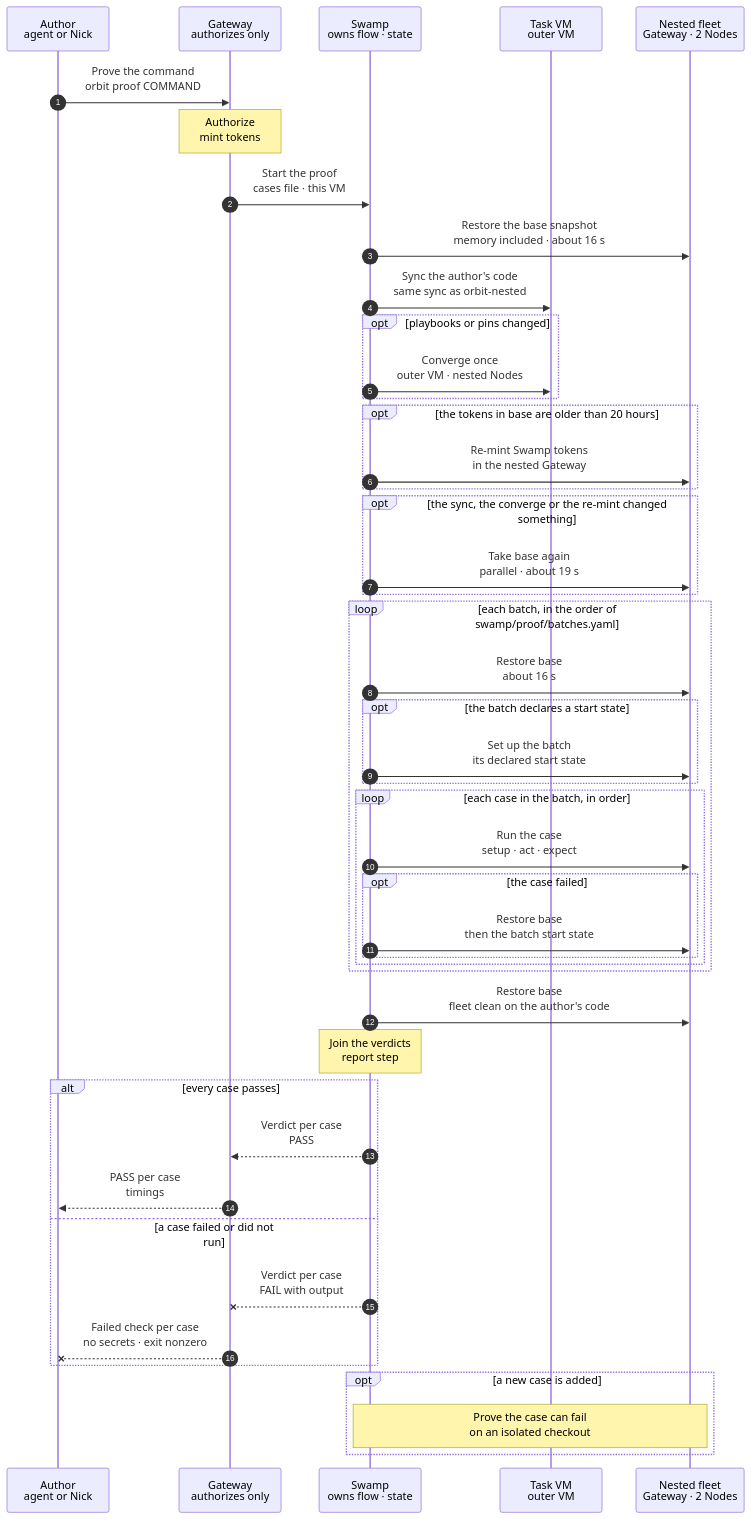
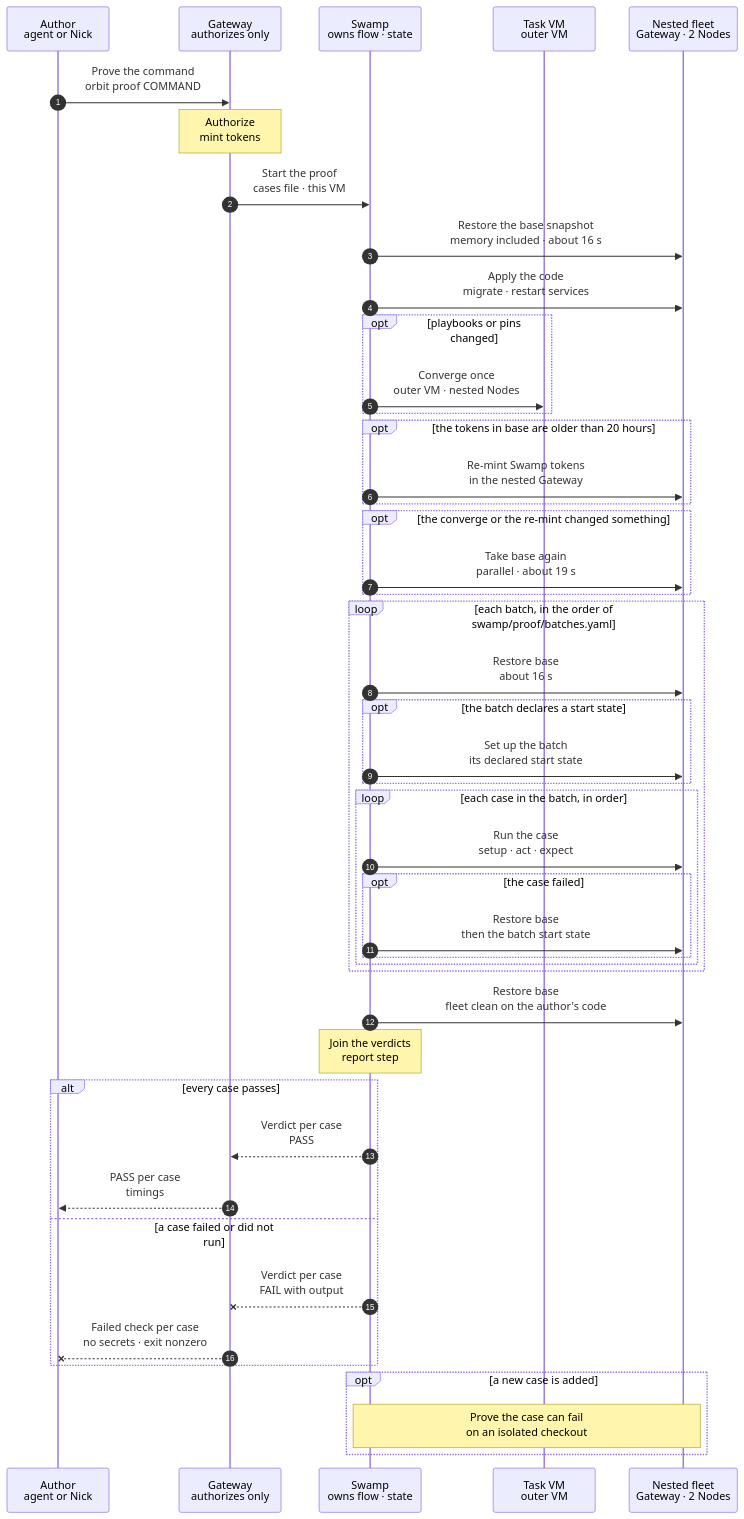
Before and after one commit to hardimpactdev/orbit: the diagram in docs/reference/pipeline/3-proof.mmd, drawn with Mermaid. The commit also changed 4 other files, not shown here.

First line of the commit message:
docs(pipeline): NFS-mounted checkout and self-contained ready copies

```diff
--- a/docs/reference/pipeline/3-proof.mmd
+++ b/docs/reference/pipeline/3-proof.mmd
@@ -1,129 +1,123 @@
 sequenceDiagram
-  %% Target design: stage 3 of the command development pipeline. The author proves the command in the development environment it already works in (task VM with its nested fleet). The nested VMs hold their own checkout, with no share from the outer VM, so Incus memory snapshots work. Each run restores the task's base snapshot, syncs the author's code once and takes base again. Each batch restores base once; its cases use their own resources and need no undo. A failed case triggers a restore before the next. Cases come from the command's cases file; each names its batch from swamp/proof/batches.yaml, which sets the order. One shared runner; the same cases and runner run in CI (stage 4, proof:run on a fresh VM).
+  %% Target design: stage 3 of the command development pipeline. The author proves the command in the development environment it already works in (task VM with its nested fleet). The nested VMs mount the task VM's checkout over NFS, so edits reach them at once and Incus memory snapshots still work. Each run restores the task's base snapshot and applies the code (migrations, service restart); base is taken again only after a converge or a token re-mint. Each batch restores base once; its cases use their own resources and need no undo. A failed case triggers a restore before the next. Cases come from the command's cases file; each names its batch from swamp/proof/batches.yaml, which sets the order. One shared runner; the same cases and runner run in CI (stage 4, proof:run on a fresh VM).
   %% status: draft
   %% command: development pipeline stage 3 · proof
   %% kind: pipeline.3-proof
   autonumber
   %% lane AG icon=terminal pill=caller tone=gray
   %% lane GW icon=gateway pill=intent tone=blue
   %% lane SW icon=workflow pill=executes tone=green
   %% lane VM icon=server pill=target tone=purple
   %% lane NT icon=server pill=fleet tone=amber
   participant AG as Author<br/>agent or Nick
   participant GW as Gateway<br/>authorizes only
   participant SW as Swamp<br/>owns flow · state
   participant VM as Task VM<br/>outer VM
   participant NT as Nested fleet<br/>Gateway · 2 Nodes
   AG->>GW: Prove the command<br/>orbit proof COMMAND
   %%> What it does:
   %%> - runs the command's cases on the author's own development VM; no new VM
   %%> - the cases file (`swamp/proof/FAMILY/COMMAND.cases.yaml`) names the batch of each case; `swamp/proof/batches.yaml` defines the shared batches and their order; nothing is picked at run time
   %%> - one command per run; in CI, `proof:run` proves each affected command separately, on its own proof VM
   %%> Not built:
   %%> - the command `orbit proof COMMAND`; today `proof:run` is the only way in
   %%> - built: the cases file format, the runner and the Swamp workflows `proof-fleet-verify`, `proof-fleet-verify-batch` and `proof-fleet-verify-case`, which run the batches and the cases below
   Note over GW: Authorize<br/>mint tokens
   GW->>SW: Start the proof<br/>cases file · this VM
   SW->>NT: Restore the base snapshot<br/>memory included · about 16 s
   %%> What it does:
   %%> - restores the task's Incus stateful snapshot `base` (stage 2), all three VMs in parallel
   %%> - sets each guest clock from the outer VM as soon as that VM's agent answers; a restore puts the clocks back to snapshot time
   %%> - ready when the Gateway answers, every Node agent sends a fresh heartbeat (every 5 s) and Doctor is healthy
   %%> - every restore in this chart has a 45 s limit: a restore that fails or is not healthy in time stops the run, with no retry; the cases that did not run become `unrun` with cause `infrastructure`, and the verdicts of cases that ran stay
   %%> Time, measured on tvm-554:
   %%> - stock Incus restore and agent wait, no tuning: restore about 9 s, healthy about 16 s
-  SW->>VM: Sync the author's code<br/>same sync as orbit-nested
+  SW->>NT: Apply the code<br/>migrate · restart services
   %%> What it does:
-  %%> - rsync of the outer checkout into the nested Gateway and app-dev, only what changed since `base`
-  %%> - leaves out `vendor`, `node_modules`, `.git`, `.env`, `storage` and `bootstrap/cache`
-  %%> - `composer install` or `bun install` only when a lock file changed, from the cache in the VM; then migrations and a Swamp reload
-  %%> Time, measured on tvm-554:
-  %%> - rsync of both nested checkouts in parallel: 0.2 s with nothing changed, 2.1 s for 7,600 files
-  %%> - apply in the nested Gateway (package discovery, migrations, Swamp repository copy, restart of the two proof services): about 1 s
-  %%> - `composer install` takes about 10 s even with an unchanged lock file (its scripts regenerate the OpenAPI and MCP files), so it runs only on a lock change
-  %%> Not built:
-  %%> - the two proof services still wait up to 60 s for the old code share at start (`tools/swamp-proof-guest/boot.py`); that wait goes with the share
+  %%> - runs the migrations and restarts the long-running services (queue worker, Swamp worker) in the nested Gateway, so they run the checked-out code
+  %%> - the code itself needs no step: the nested VMs mount the task VM's checkout over NFS (stage 2), and PHP reads changed files on the next request
+  %%> - also runs after every restore below: a memory restore brings back processes that loaded older code
   opt playbooks or pins changed
     SW->>VM: Converge once<br/>outer VM · nested Nodes
     %%> What it does:
     %%> - image playbooks on the outer VM; role playbooks and pins on the nested Nodes, through the nested Orbit's `node:converge`
-    %%> - runs after the sync, so the nested Orbit has the new playbooks
+    %%> - the nested Orbit reads the playbooks from the mounted checkout
     %%> Why:
     %%> - a tool update lives in code; this puts it in place once, and the snapshot taken next keeps it
     %%> - the base images are not touched; only the merge and the seed refresh change them
   end
   opt the tokens in base are older than 20 hours
     SW->>NT: Re-mint Swamp tokens<br/>in the nested Gateway
     %%> What it does:
     %%> - the nested Gateway mints new serve and worker tokens for its own Swamp, with the same step as the fleet build
     %%> Why:
     %%> - the tokens a build mints last 24 hours and its certificates 2 days; `base` inherits them, so a task older than a day would otherwise prove with an expired nested Swamp
     %%> - these tokens belong to the nested Orbit; the real Gateway mints nothing for them
   end
-  opt the sync, the converge or the re-mint changed something
+  opt the converge or the re-mint changed something
     SW->>NT: Take base again<br/>parallel · about 19 s
     %%> What it does:
-    %%> - skipped when rsync moved and deleted nothing, no lock file changed, nothing converged and no token was re-minted: the fleet is then still exactly `base`, as after a rerun without edits
+    %%> - skipped when nothing converged and no token was re-minted; a code change alone never needs a new `base`, because the code is read from the mount
     %%> - `incus snapshot create --stateful --reuse base` on the three nested VMs at once; `--reuse` replaces the old `base`
     %%> - the VMs keep running; their clocks lose about 1 s while memory is saved, which the normal time sync corrects
     %%> - `base` holds the proof Swamp Club key, on the nested Gateway's disk and in its Swamp serve's memory; accepted because `base` belongs to one task, never leaves its task VM and is destroyed with it; ready copies stay key-free
     %%> Time, measured on tvm-554:
     %%> - about 19 s; the Gateway's 660 MB memory state sets it (app-dev 12 s, app-prod 7 s)
     %%> Why:
-    %%> - every batch starts from it without another sync; the next proof run only syncs what changed since this one
+    %%> - every batch starts from it
     %%> - the task VM keeps its own state until the task merges; changes flow back only as code, through the release and the seed refresh
   end
   loop each batch, in the order of swamp/proof/batches.yaml
     SW->>NT: Restore base<br/>about 16 s
     %%> What it does:
-    %%> - one restore per batch; skipped when the fleet is still at `base`, as for the first batch
+    %%> - one restore per batch, followed by the apply step; skipped when the fleet is still at `base`, as for the first batch
     %%> - 45 s limit, as for every restore; a failed restore stops the run
       opt the batch declares a start state
       SW->>NT: Set up the batch<br/>its declared start state
       %%> What it does:
       %%> - applies what the batch declares, for example dual-stack networking
     end
     loop each case in the batch, in order
       SW->>NT: Run the case<br/>setup · act · expect
       %%> What it does:
       %%> - the shared runner executes the case's spec steps: setup (for example a listener or a test deny), the real CLI call, then the checks the case lists (traffic, UFW, Gateway record, Doctor, unchanged state)
       %%> - each case names the chart path it covers (main, opt, alt); every optional flag has its own case
       %%> - no undo and no cleanup: each case uses its own resources (free ports, its own listeners, a new Instance), so cases in a batch do not touch each other
       %%> - a case that changes shared state (UFW off, injected failures, a held lock, a full-list check) sits in its own batch
       opt the case failed
         SW->>NT: Restore base<br/>then the batch start state
         %%> Why:
         %%> - a failed case can leave anything behind; the next case starts clean
       end
     end
   end
   SW->>NT: Restore base<br/>fleet clean on the author's code
   %%> Why:
   %%> - the author keeps developing on a clean fleet that already runs the latest code; nothing switches back
   %%> Not built:
   %%> - `proof-fleet-verify` does not run this restore; it belongs to the author's own command
   Note over SW: Join the verdicts<br/>report step
   %%> What it does:
   %%> - each case ended with one JSON line of at most 1 KB (Swamp cuts step output at 4,096 bytes): id, verdict, cause, seconds and the failed checks
   %%> - verdicts: `passed`; `failed` with cause `assertion` or `infrastructure`; `unrun` with cause `precondition` (setup failed, the command never ran) or `infrastructure` (a failed restore stopped the run first)
   %%> - the full receipt (every step, command output, firewall state, timings) stays in the task VM's evidence directory
   alt every case passes
     SW-->>GW: Verdict per case<br/>PASS
     %%> Result:
     %%> - the Gateway records the verdicts once, from the run's terminal event
     GW-->>AG: PASS per case<br/>timings
   else a case failed or did not run
     SW--xGW: Verdict per case<br/>FAIL with output
     GW--xAG: Failed check per case<br/>no secrets · exit nonzero
     %%> Result:
     %%> - the line names the failed check; the receipt in this task VM has the rest
     %%> - in CI (stage 4) the proof VM is destroyed, so only the verdict lines stay; the author reruns `orbit proof` in their own task VM for the full receipt
   end
   opt a new case is added
     Note over SW,NT: Prove the case can fail<br/>on an isolated checkout
     %%> What it does:
     %%> - removes the mutation on an isolated checkout and confirms the functional assertion fails
     %%> - never mutates a live installation
     %%> Not built:
     %%> - exercising the CI gate with a known failing case (stage 4)
   end
```
